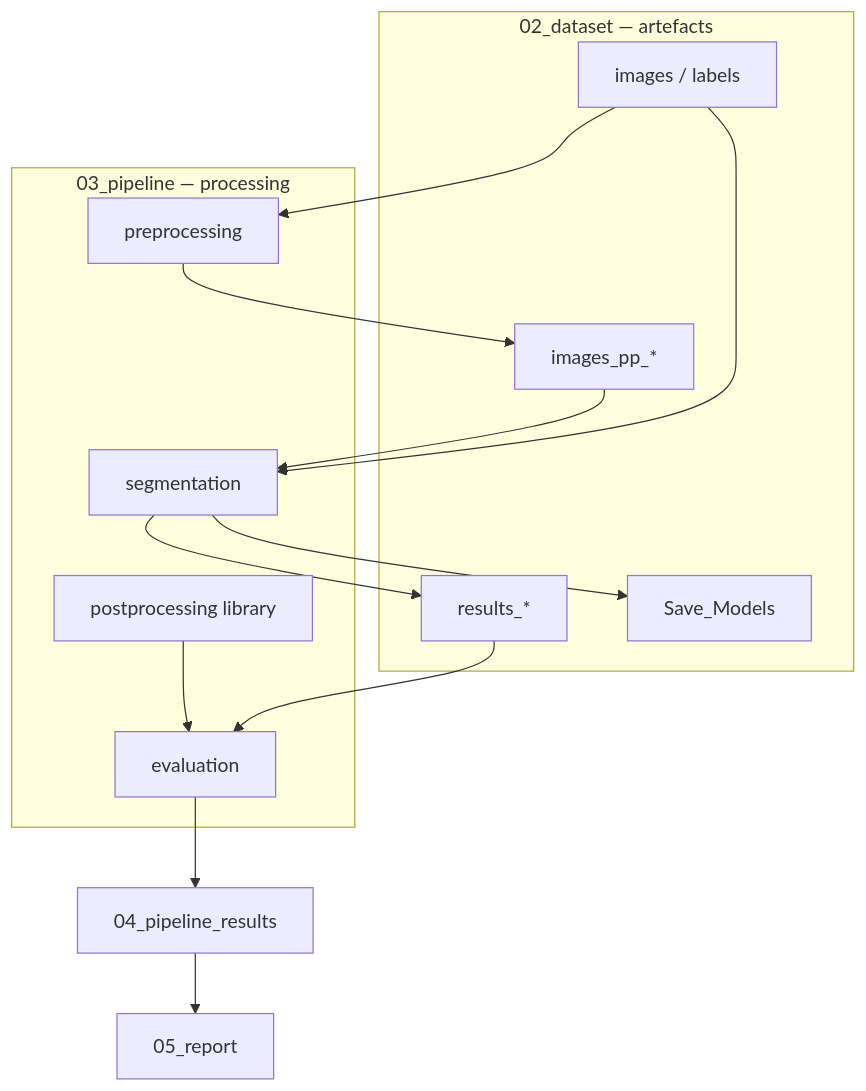
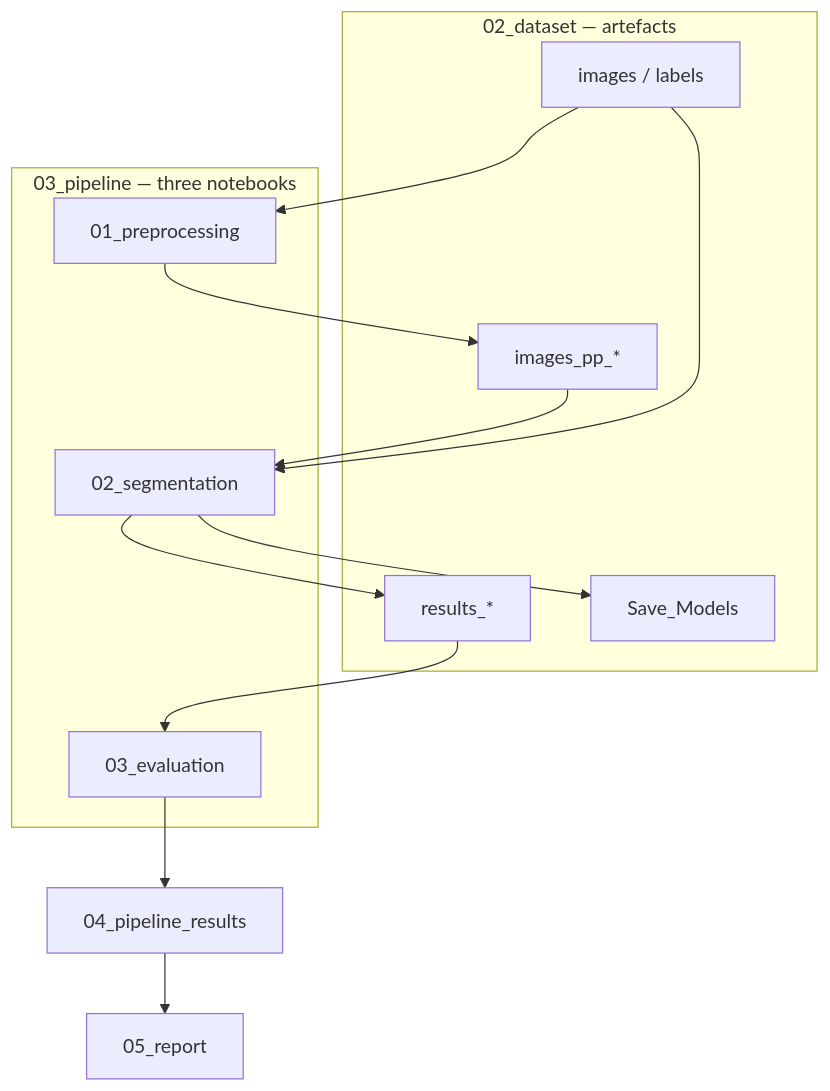
The diagram in 06_documentation/02_architecture/system_architecture.md (bulletproof20/fetal-vein-segmentation), drawn with Mermaid before and after one commit. The commit also changed other lines of this file and 31 other files, not shown here.

````diff
--- a/06_documentation/02_architecture/system_architecture.md
+++ b/06_documentation/02_architecture/system_architecture.md
@@ -18,29 +18,27 @@
 ```mermaid
 flowchart TB
     subgraph data [02_dataset — artefacts]
         IMG[images / labels]
         PP[images_pp_*]
         RES[results_*]
         MOD[Save_Models]
     end
 
-    subgraph pipe [03_pipeline — processing]
-        PRE[preprocessing]
-        SEG[segmentation]
-        POST[postprocessing library]
-        EVAL[evaluation]
+    subgraph pipe [03_pipeline — three notebooks]
+        PRE[01_preprocessing]
+        SEG[02_segmentation]
+        EVAL[03_evaluation]
     end
 
     OUT[04_pipeline_results]
     REP[05_report]
 
     IMG --> PRE --> PP
     PP --> SEG
     IMG --> SEG
     SEG --> RES
     SEG --> MOD
     RES --> EVAL
-    POST --> EVAL
     EVAL --> OUT
     OUT --> REP
 ```
````
